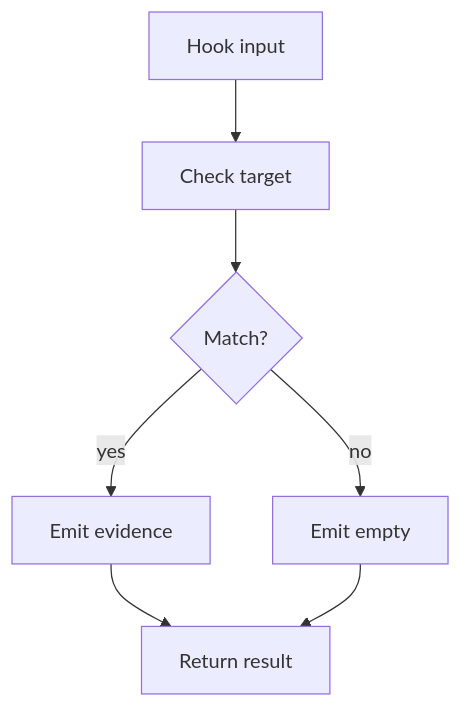
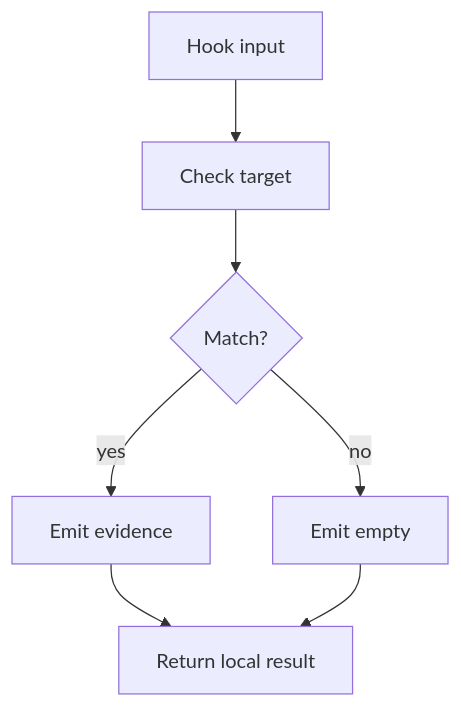
Before and after one commit to JohnAndrewBalbarosa/NeoTerritory: the second of 2 diagrams in docs/Codebase/Microservice/Modules/Source/Analysis/Patterns/Middleman/Contracts/pattern_hook_contract.cpp.md, drawn with Mermaid. The commit also changed other lines of this file and 925 other files, not shown here.

````diff
--- a/docs/Codebase/Microservice/Modules/Source/Analysis/Patterns/Middleman/Contracts/pattern_hook_contract.cpp.md
+++ b/docs/Codebase/Microservice/Modules/Source/Analysis/Patterns/Middleman/Contracts/pattern_hook_contract.cpp.md
@@ -49,15 +49,15 @@
 ```mermaid
 flowchart TD
     Start["Hook input"]
     N0["Check target"]
     D0{"Match?"}
     N1["Emit evidence"]
     N2["Emit empty"]
-    End["Return result"]
+    End["Return local result"]
     Start --> N0
     N0 --> D0
     D0 -->|yes| N1
     D0 -->|no| N2
     N1 --> End
     N2 --> End
 ```
````
